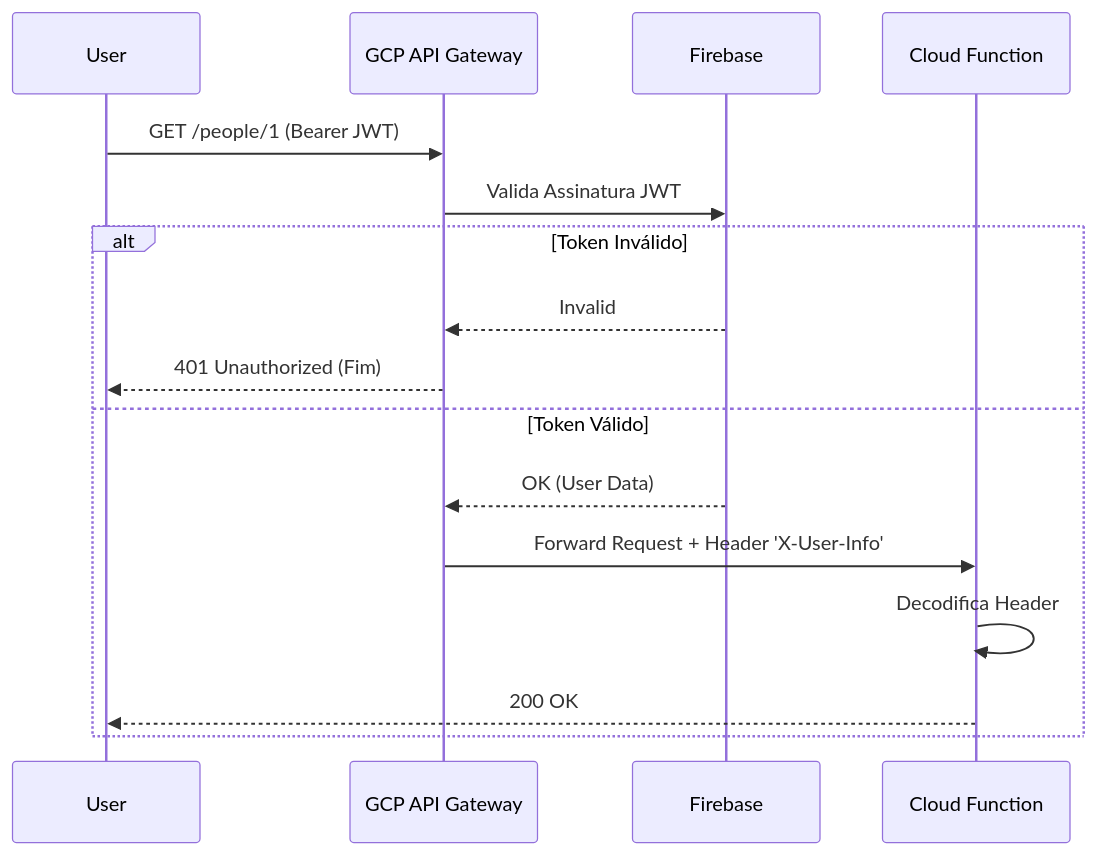
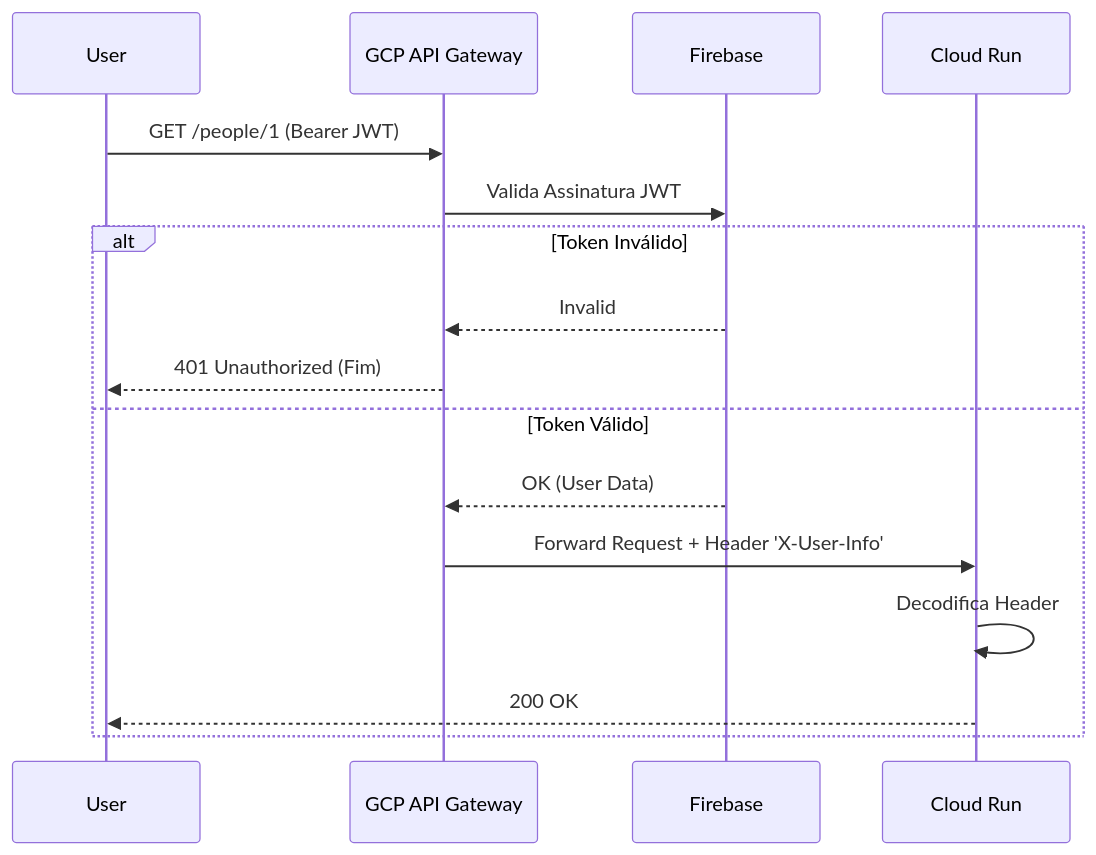
Before and after one commit to guisilveira/stellar-gateway: the third of 4 diagrams in ARCHITECTURE.MD, drawn with Mermaid. The commit also changed other lines of this file and 4 other files, not shown here.

````diff
--- a/ARCHITECTURE.MD
+++ b/ARCHITECTURE.MD
@@ -113,20 +113,20 @@
 ```mermaid
 sequenceDiagram
     participant User
     participant Gateway as GCP API Gateway
     participant Firebase
-    participant Function as Cloud Function
+    participant CloudRun as Cloud Run
 
     User->>Gateway: GET /people/1 (Bearer JWT)
     Gateway->>Firebase: Valida Assinatura JWT
     
     alt Token Inválido
         Firebase-->>Gateway: Invalid
         Gateway-->>User: 401 Unauthorized (Fim)
     else Token Válido
         Firebase-->>Gateway: OK (User Data)
-        Gateway->>Function: Forward Request + Header 'X-User-Info'
-        Function->>Function: Decodifica Header
-        Function-->>User: 200 OK
+        Gateway->>CloudRun: Forward Request + Header 'X-User-Info'
+        CloudRun->>CloudRun: Decodifica Header
+        CloudRun-->>User: 200 OK
     end
 ```
````
